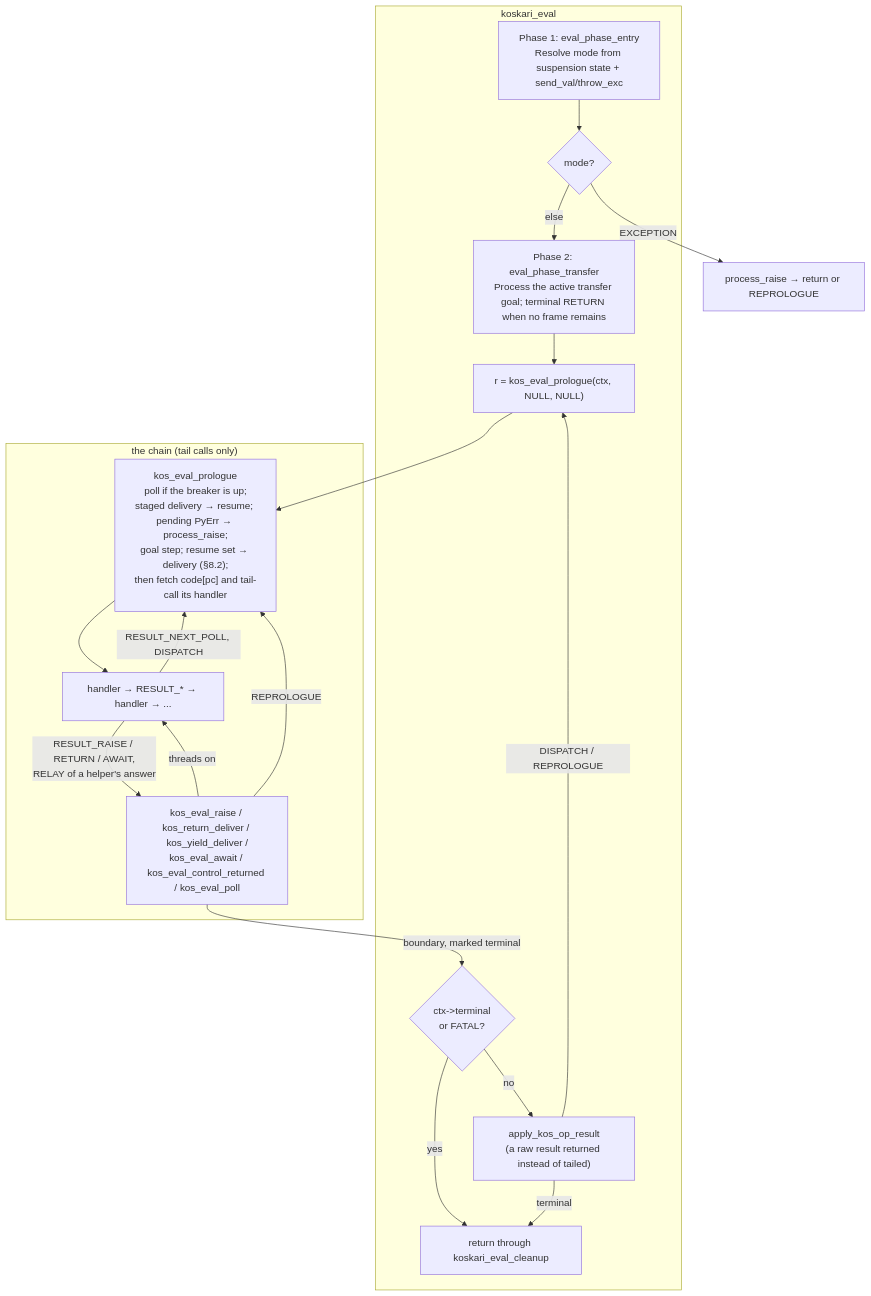
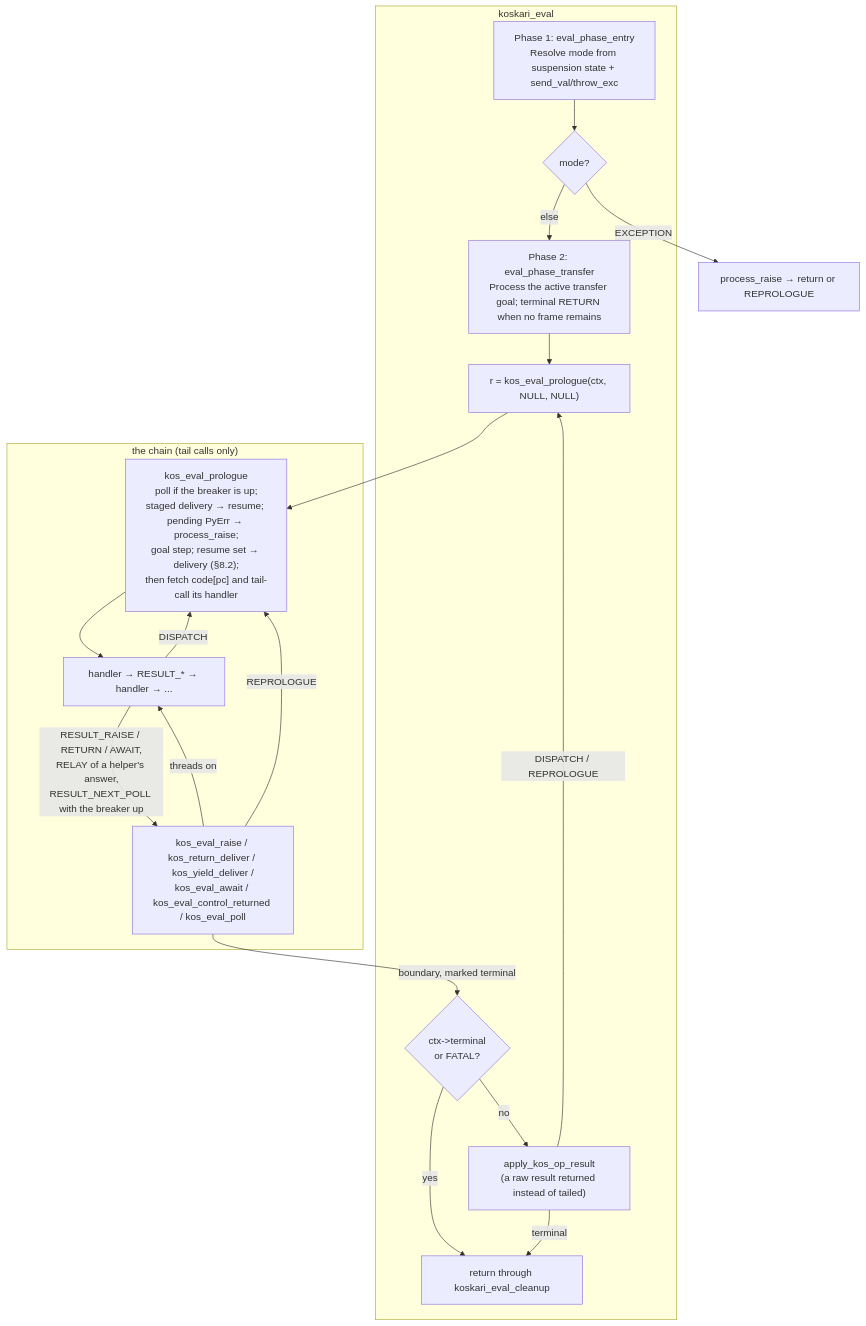
Before and after one commit to koskari-lang/koskari: the first of 12 diagrams in design/EVALUATOR.md, drawn with Mermaid. The commit also changed other lines of this file and 16 other files, not shown here.

````diff
--- a/design/EVALUATOR.md
+++ b/design/EVALUATOR.md
@@ -41,33 +41,33 @@
 ```mermaid
 flowchart TD
     subgraph koskari_eval["koskari_eval"]
         P1["Phase 1: eval_phase_entry<br/>Resolve mode from suspension state + send_val/throw_exc"]
         mode_check{"mode?"}
         P2["Phase 2: eval_phase_transfer<br/>Process the active transfer goal; terminal RETURN when no frame remains"]
         Call["r = kos_eval_prologue(ctx, NULL, NULL)"]
         Term{"ctx->terminal<br/>or FATAL?"}
         Fallback["apply_kos_op_result<br/>(a raw result returned instead of tailed)"]
         Out["return through koskari_eval_cleanup"]
     end
 
     subgraph chain["the chain (tail calls only)"]
         Pro["kos_eval_prologue<br/>poll if the breaker is up;<br/>staged delivery → resume; pending PyErr → process_raise;<br/>goal step; resume set → delivery (§8.2);<br/>then fetch code[pc] and tail-call its handler"]
         Handlers["handler → RESULT_* → handler → ..."]
         Events["kos_eval_raise / kos_return_deliver / kos_yield_deliver /<br/>kos_eval_await / kos_eval_control_returned / kos_eval_poll"]
     end
 
     P1 --> mode_check
     mode_check -->|"EXCEPTION"| process_raise_1["process_raise → return or REPROLOGUE"]
     mode_check -->|"else"| P2
     P2 --> Call --> Pro
     Pro --> Handlers
-    Handlers -->|"RESULT_RAISE / RETURN / AWAIT,<br/>RELAY of a helper's answer"| Events
+    Handlers -->|"RESULT_RAISE / RETURN / AWAIT,<br/>RELAY of a helper's answer,<br/>RESULT_NEXT_POLL with the breaker up"| Events
     Events -->|"threads on"| Handlers
     Events -->|"REPROLOGUE"| Pro
-    Handlers -->|"RESULT_NEXT_POLL, DISPATCH"| Pro
+    Handlers -->|"DISPATCH"| Pro
     Events -->|"boundary, marked terminal"| Term
     Term -->|yes| Out
     Term -->|no| Fallback
     Fallback -->|"DISPATCH / REPROLOGUE"| Call
     Fallback -->|terminal| Out
 ```
````
